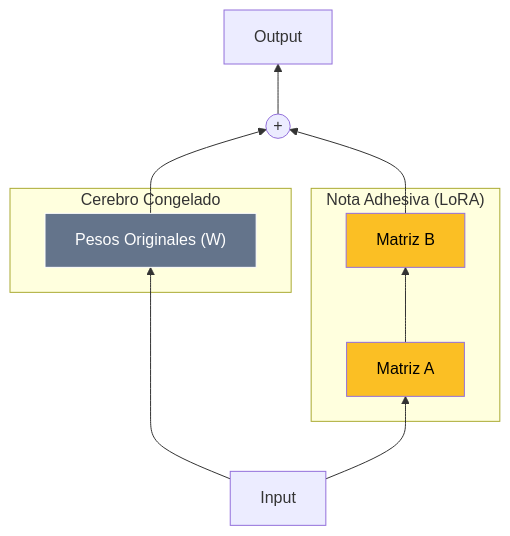
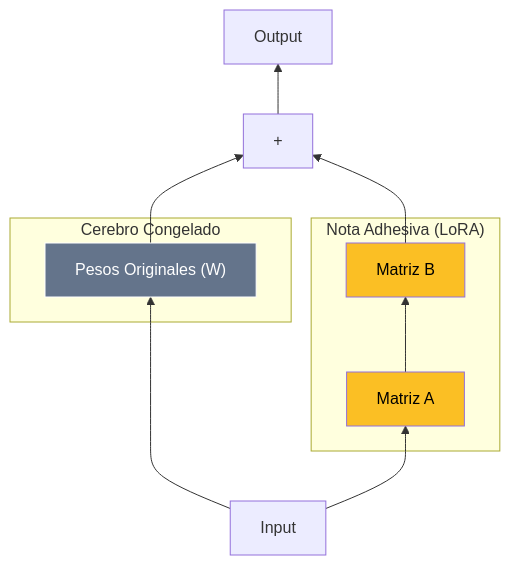
One commit to aotal/ai2026_llm changed the fifth of 9 diagrams in Curso_Completo_IA_Salud.qmd. Above: the diagram before and after it, drawn with Mermaid. The commit also changed other lines of this file and 7 other files, not shown here.

````diff
--- a/Curso_Completo_IA_Salud.qmd
+++ b/Curso_Completo_IA_Salud.qmd
@@ -1020,18 +1024,18 @@
 ```{mermaid}
 graph BT
     subgraph "Cerebro Congelado"
     W["Pesos Originales (W)"]
     end
     subgraph "Nota Adhesiva (LoRA)"
     A["Matriz A"] --> B["Matriz B"]
     end
     In[Input] --> W
     In --> A
-    W --> Suma(("+"))
+    W --> Suma["+"]
     B --> Suma
     Suma --> Out[Output]
     
     style W fill:#64748b,stroke:#fff,color:#fff
     style A fill:#fbbf24,color:#000
     style B fill:#fbbf24,color:#000
 ```
````
